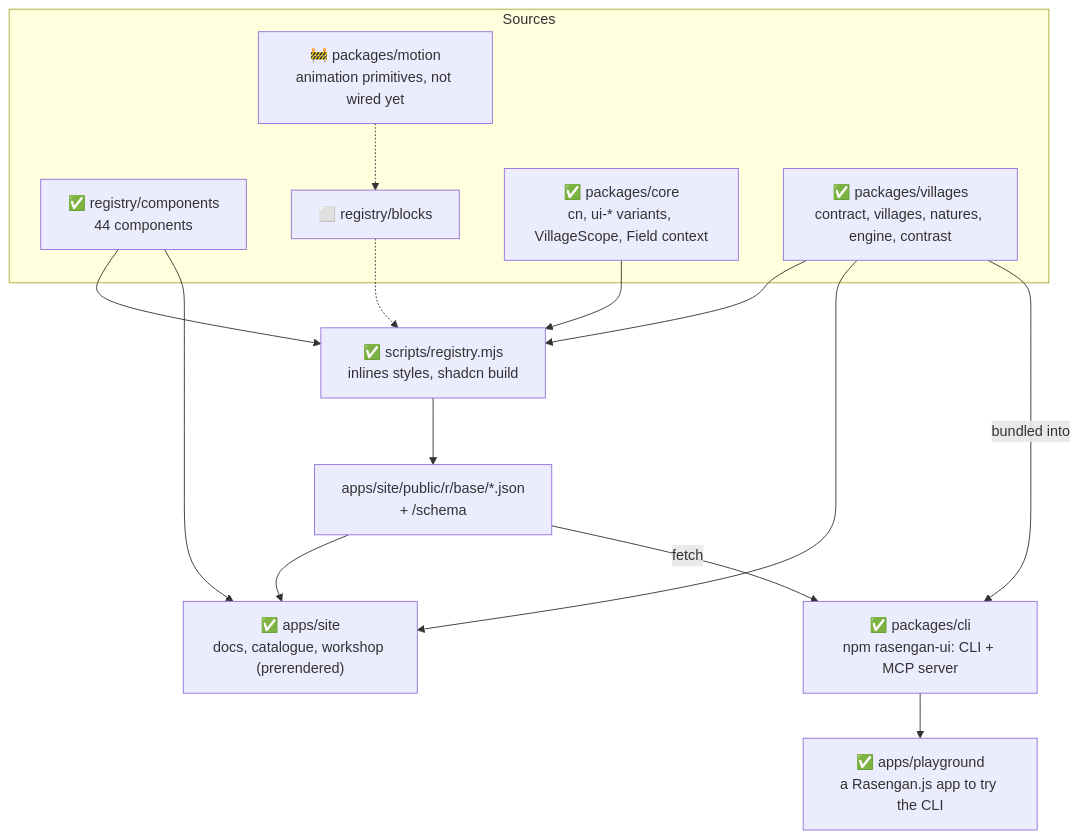
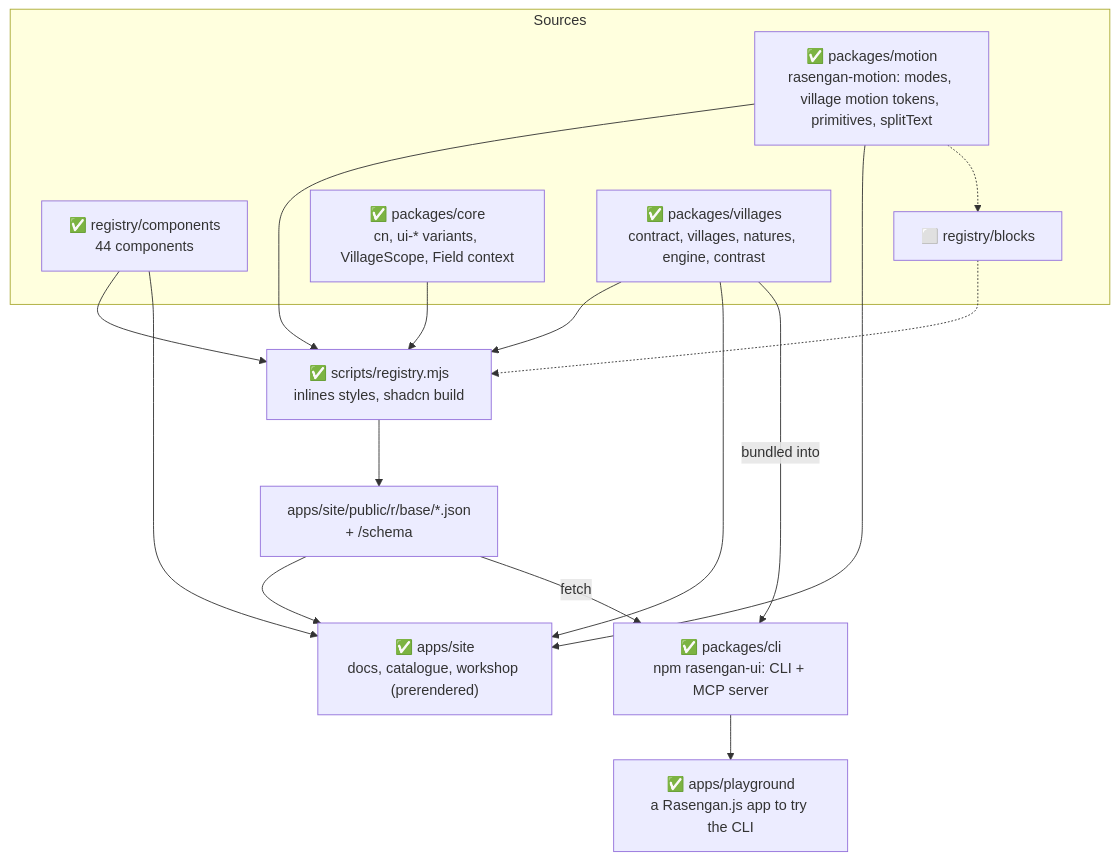
Before and after one commit to rasengan-dev/rasengan-ui: the second of 5 diagrams in docs/architecture.md, drawn with Mermaid. The commit also changed other lines of this file and 103 other files, not shown here.

First line of the commit message:
feat(motion): RFC-0007 lot 0, categories and rasengan-motion

````diff
--- a/docs/architecture.md
+++ b/docs/architecture.md
@@ -41,29 +41,31 @@
 ```mermaid
 flowchart TB
   subgraph source[Sources]
     comps["✅ registry/components<br/>44 components"]
     blocks["⬜ registry/blocks"]
     core["✅ packages/core<br/>cn, ui-* variants, VillageScope, Field context"]
     villages["✅ packages/villages<br/>contract, villages, natures, engine, contrast"]
-    motion["🚧 packages/motion<br/>animation primitives, not wired yet"]
+    motion["✅ packages/motion<br/>rasengan-motion: modes, village motion tokens, primitives, splitText"]
   end
 
   build["✅ scripts/registry.mjs<br/>inlines styles, shadcn build"]
   public["apps/site/public/r/base/*.json<br/>+ /schema"]
   site["✅ apps/site<br/>docs, catalogue, workshop (prerendered)"]
   cli["✅ packages/cli<br/>npm rasengan-ui: CLI + MCP server"]
   play["✅ apps/playground<br/>a Rasengan.js app to try the CLI"]
 
   comps --> build
   core --> build
   villages --> build
   build --> public
   public --> site
   villages --> site
   comps --> site
   public -- fetch --> cli
   villages -- bundled into --> cli
   cli --> play
+  motion --> build
+  motion --> site
   motion -.-> blocks
   blocks -.-> build
 ```
````
